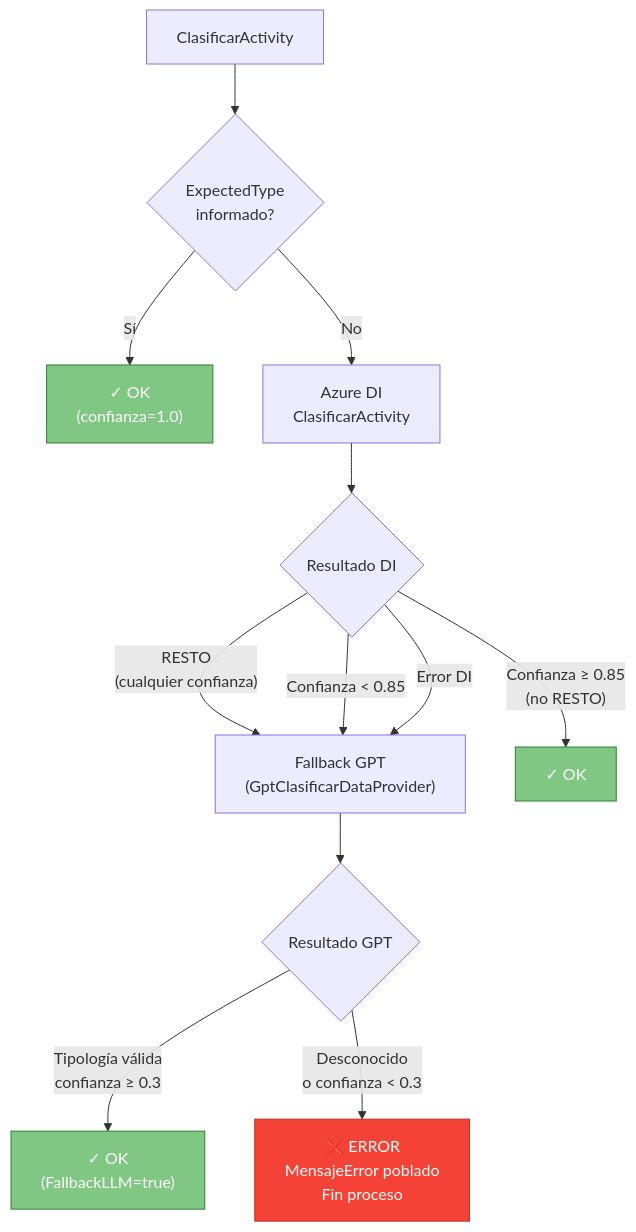
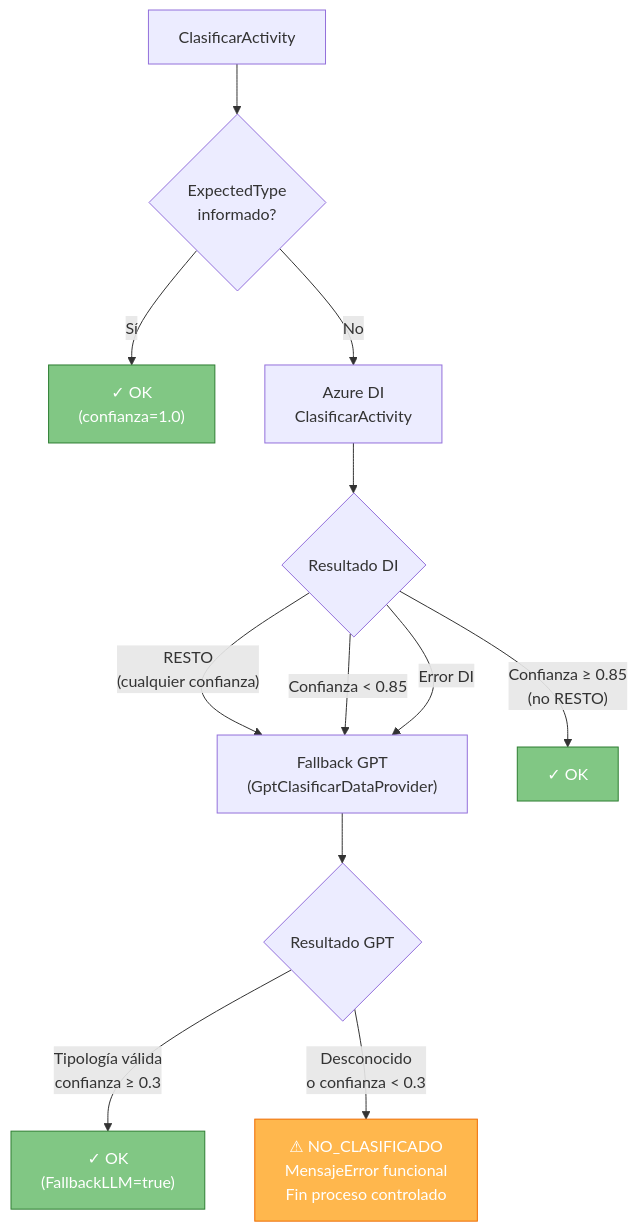
One commit to nvcrisologo02/AI-DocClassExt changed the diagram in docs/referencias/TIPOLOGIAS_REFERENCIA.md. Above: the diagram before and after it, drawn with Mermaid. The commit also changed other lines of this file and 2 other files, not shown here.

````diff
--- a/docs/referencias/TIPOLOGIAS_REFERENCIA.md
+++ b/docs/referencias/TIPOLOGIAS_REFERENCIA.md
@@ -87,20 +87,20 @@
 ```mermaid
 flowchart TD
     A[ClasificarActivity] --> B{ExpectedType\ninformado?}
     B -- Sí --> OK1["✓ OK\n(confianza=1.0)"]
     B -- No --> DI["Azure DI\nClasificarActivity"]
     DI --> DR{Resultado DI}
     DR -- "RESTO\n(cualquier confianza)" --> GPT
     DR -- "Confianza < 0.85" --> GPT
     DR -- "Error DI" --> GPT
     DR -- "Confianza ≥ 0.85\n(no RESTO)" --> OK2["✓ OK"]
     GPT["Fallback GPT\n(GptClasificarDataProvider)"]
     GPT --> GR{Resultado GPT}
     GR -- "Tipología válida\nconfianza ≥ 0.3" --> OK3["✓ OK\n(FallbackLLM=true)"]
-    GR -- "Desconocido\no confianza < 0.3" --> ERR["❌ ERROR\nMensajeError poblado\nFin proceso"]
+    GR -- "Desconocido\no confianza < 0.3" --> NC["⚠ NO_CLASIFICADO\nMensajeError funcional\nFin proceso controlado"]
 
-    style ERR fill:#F44336,stroke:#C62828,color:#fff
+    style NC fill:#FFB74D,stroke:#EF6C00,color:#fff
     style OK1 fill:#81C784,stroke:#2E7D32,color:#fff
     style OK2 fill:#81C784,stroke:#2E7D32,color:#fff
     style OK3 fill:#81C784,stroke:#2E7D32,color:#fff
 ```
````
